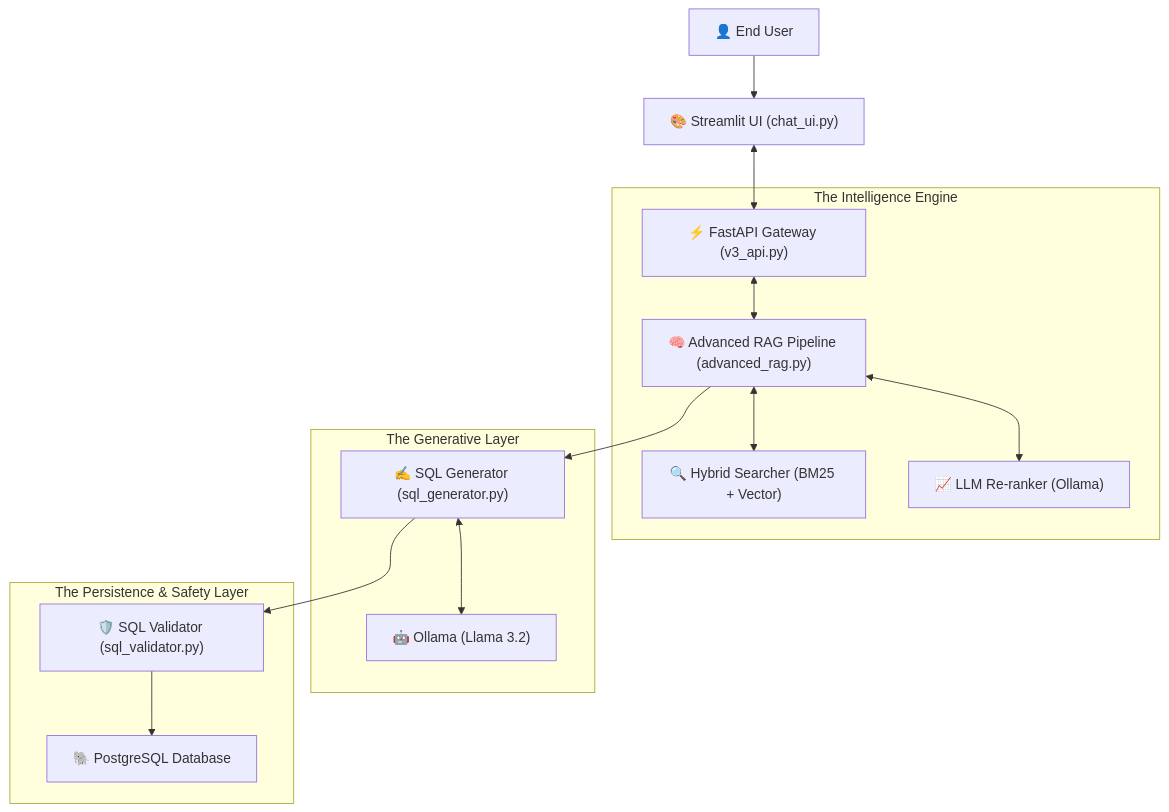
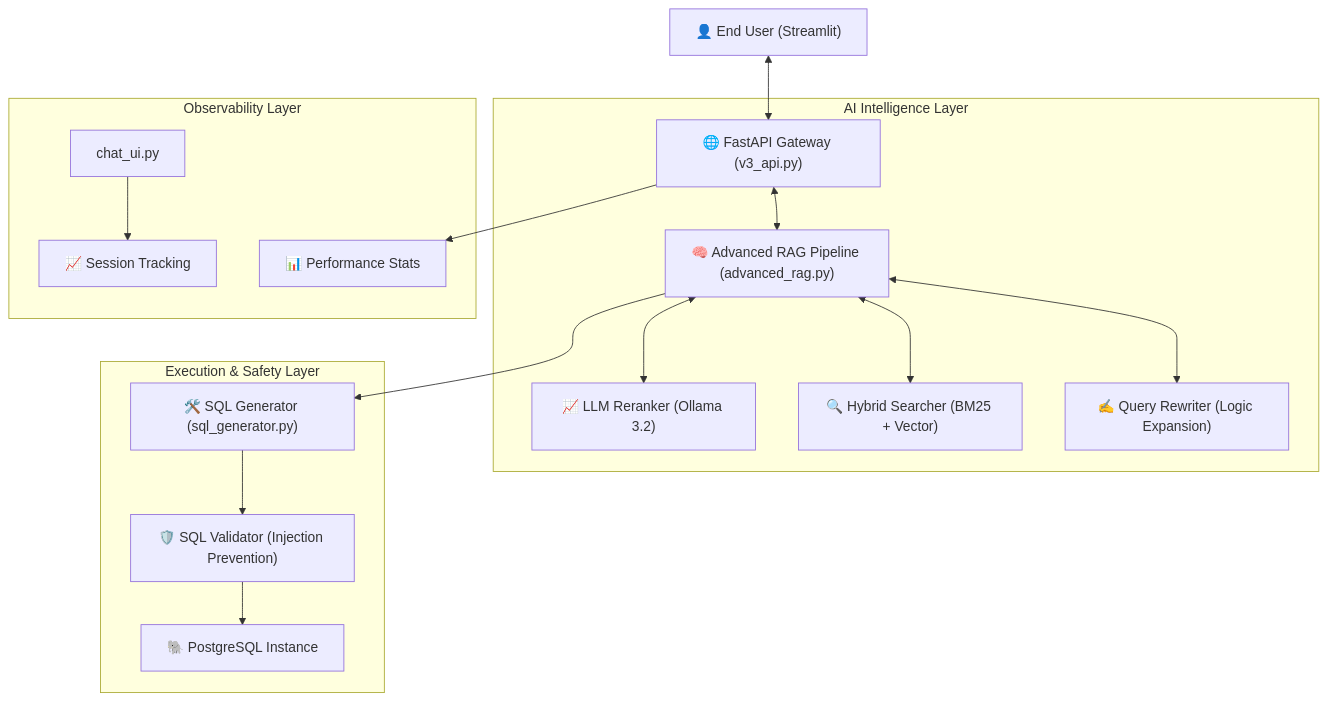
The diagram in README.md (adityatiwari12/TalkwithDB), drawn with Mermaid before and after one commit. The commit also changed other lines of this file, not shown here.

Commit message:
Add exhaustive 'Ultimate Enterprise' README with detailed logic and visuals

````diff
--- a/README.md
+++ b/README.md
@@ -33,21 +27,22 @@
 ```mermaid
 graph TD
-    User["👤 End User"] --> UI["🎨 Streamlit UI (chat_ui.py)"]
-    UI <--> API["⚡ FastAPI Gateway (v3_api.py)"]
+    User["👤 End User (Streamlit)"] <--> API["🌐 FastAPI Gateway (v3_api.py)"]
     
-    subgraph "The Intelligence Engine"
+    subgraph "AI Intelligence Layer"
         API <--> RAG["🧠 Advanced RAG Pipeline (advanced_rag.py)"]
+        RAG <--> Rewrite["✍️ Query Rewriter (Logic Expansion)"]
         RAG <--> Hybrid["🔍 Hybrid Searcher (BM25 + Vector)"]
-        RAG <--> Rerank["📈 LLM Re-ranker (Ollama)"]
+        RAG <--> Rerank["📈 LLM Reranker (Ollama 3.2)"]
     end
     
-    subgraph "The Generative Layer"
-        RAG --> SQLG["✍️ SQL Generator (sql_generator.py)"]
-        SQLG <--> Ollama["🤖 Ollama (Llama 3.2)"]
+    subgraph "Execution & Safety Layer"
+        RAG --> SQLG["🛠️ SQL Generator (sql_generator.py)"]
+        SQLG --> Val["🛡️ SQL Validator (Injection Prevention)"]
+        Val --> PGD["🐘 PostgreSQL Instance"]
     end
     
-    subgraph "The Persistence & Safety Layer"
-        SQLG --> Val["🛡️ SQL Validator (sql_validator.py)"]
-        Val --> PGD["🐘 PostgreSQL Database"]
+    subgraph "Observability Layer"
+        API --> Metrics["📊 Performance Stats"]
+        UI["chat_ui.py"] --> Analytics["📈 Session Tracking"]
     end
 ```
````
